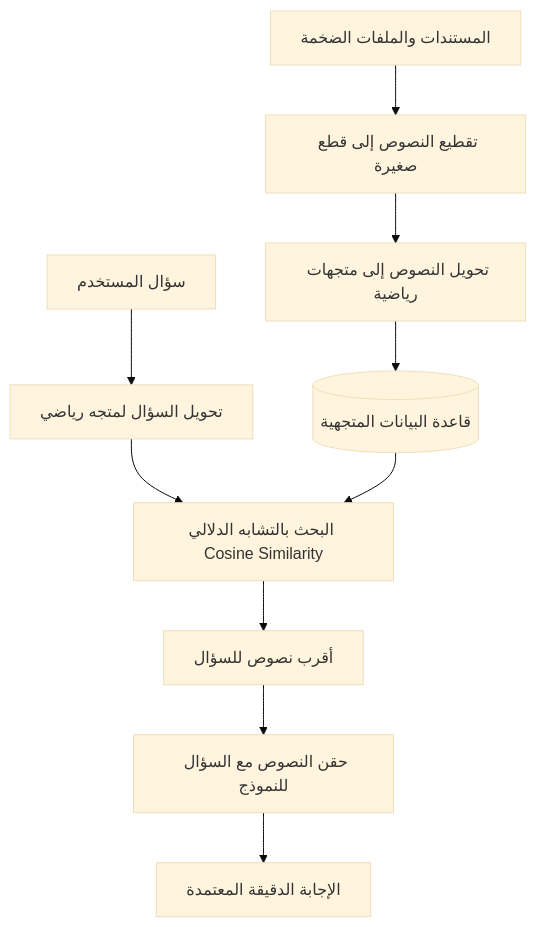
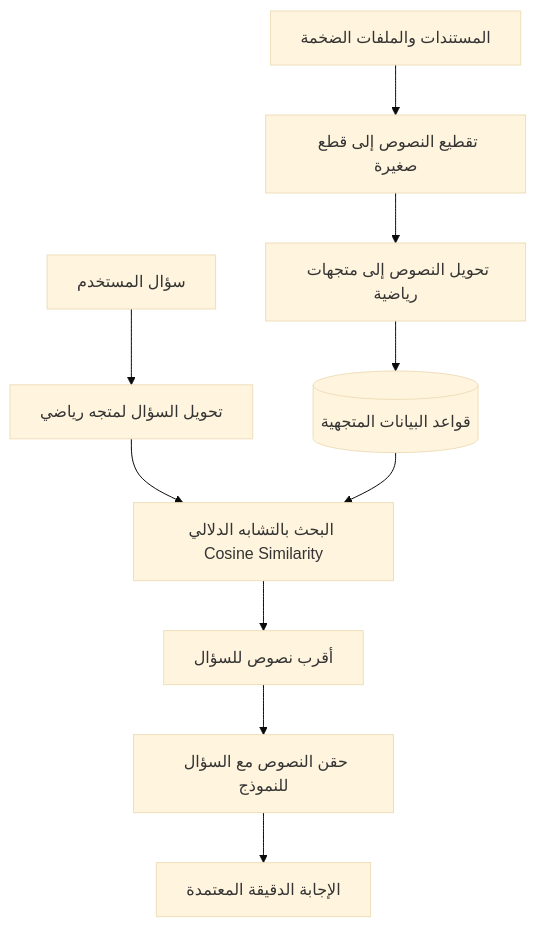
The third of 4 diagrams in engineering-learning/MODERN_AI_ENGINEERING_MASTER_HANDBOOK.md (Abdo5-Mahmoud/Daily-Tracker-system), drawn with Mermaid (base theme) before and after one commit. The commit also changed other lines of this file, not shown here.

````diff
--- a/engineering-learning/MODERN_AI_ENGINEERING_MASTER_HANDBOOK.md
+++ b/engineering-learning/MODERN_AI_ENGINEERING_MASTER_HANDBOOK.md
@@ -297,12 +275,12 @@
 ```mermaid
 graph TD
     Docs[المستندات والملفات الضخمة] --> Chunking[تقطيع النصوص إلى قطع صغيرة]
     Chunking --> Embedding[تحويل النصوص إلى متجهات رياضية]
-    Embedding --> VectorDB[(قاعدة البيانات المتجهية)]
+    Embedding --> VectorDB[(قواعد البيانات المتجهية)]
     Query[سؤال المستخدم] --> QueryVec[تحويل السؤال لمتجه رياضي]
     QueryVec --> Search[البحث بالتشابه الدلالي Cosine Similarity]
     VectorDB --> Search
     Search --> TopK[أقرب نصوص للسؤال]
     TopK --> LLM[حقن النصوص مع السؤال للنموذج]
     LLM --> Answer[الإجابة الدقيقة المعتمدة]
 ```
````
